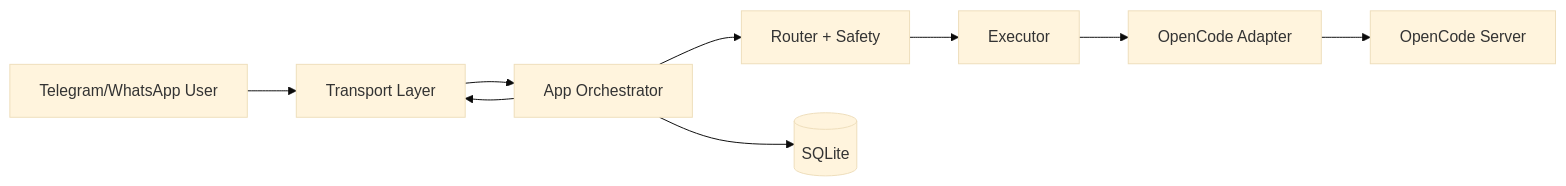
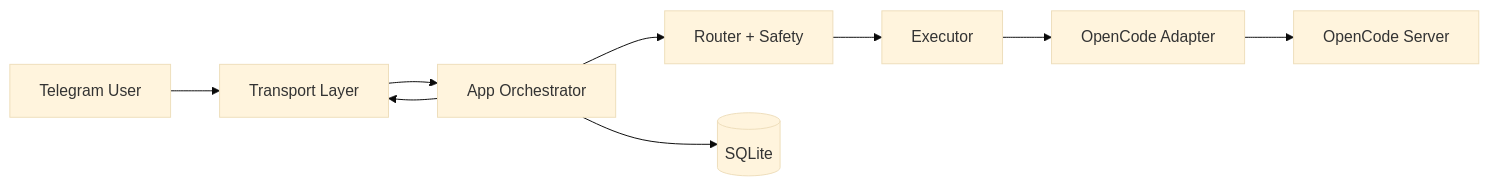
Before and after one commit to Traves-Theberge/opencode-remote: the diagram in docs/wiki/End-to-End-Guide.md, drawn with Mermaid (base theme). The commit also changed other lines of this file and 85 other files, not shown here.

````diff
--- a/docs/wiki/End-to-End-Guide.md
+++ b/docs/wiki/End-to-End-Guide.md
@@ -7,11 +7,11 @@
 ```mermaid
 flowchart LR
-  U[Telegram/WhatsApp User] --> T[Transport Layer]
+  U[Telegram User] --> T[Transport Layer]
   T --> A[App Orchestrator]
   A --> R[Router + Safety]
   R --> E[Executor]
   E --> O[OpenCode Adapter]
   O --> S[OpenCode Server]
   A --> D[(SQLite)]
   A --> T
 ```
````
